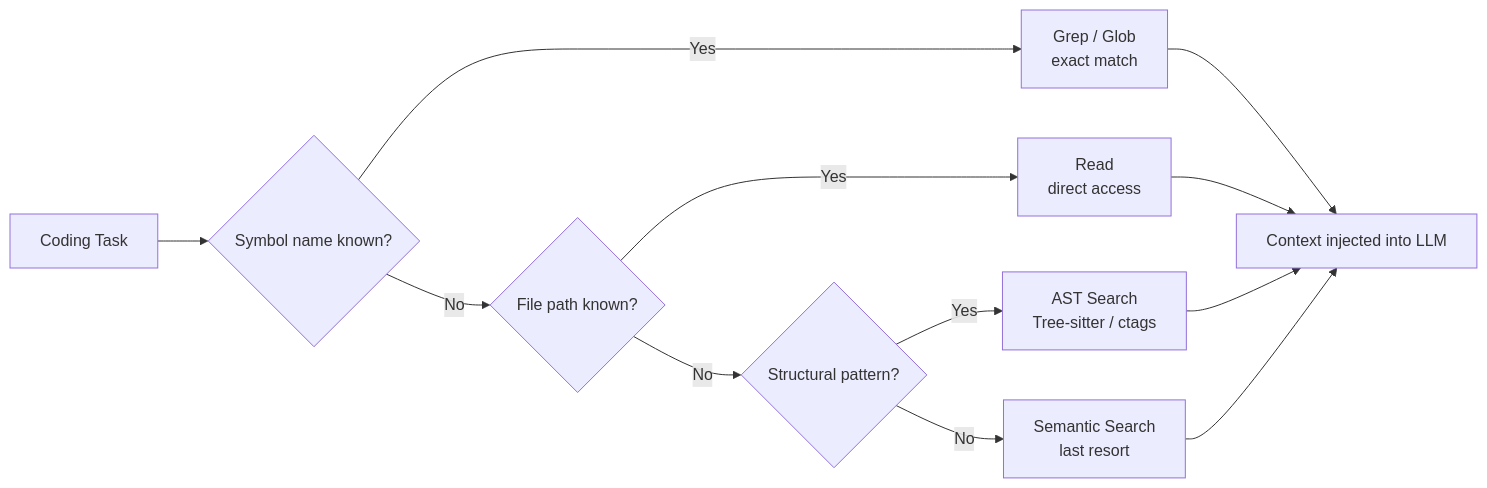
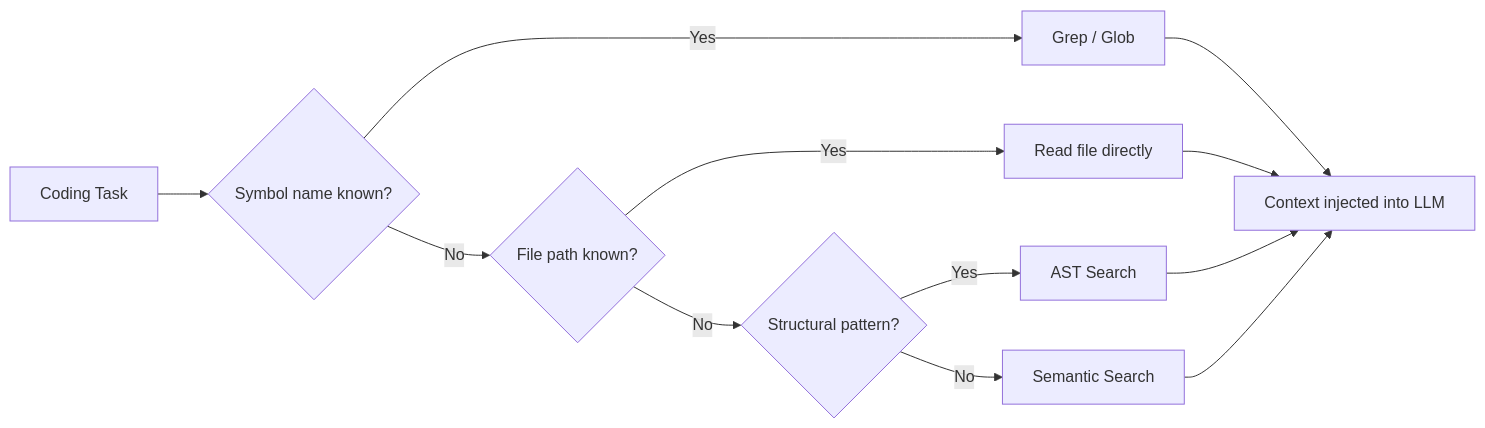
The third of 3 diagrams in 2026/02/19/rag-from-theory-to-enterprise.md (bet0x/barrahome-2026), drawn with Mermaid before and after one commit. The commit also changed other lines of this file, not shown here.

Commit message:
Simplify failing mermaid diagrams: remove br and hyphens from labels

```diff
--- a/2026/02/19/rag-from-theory-to-enterprise.md
+++ b/2026/02/19/rag-from-theory-to-enterprise.md
@@ -275,16 +267,14 @@
 <div class="mermaid">
 graph LR
     TASK[Coding Task] --> Q1{Symbol name known?}
-    Q1 -->|Yes| GREP[Grep / Glob<br/>exact match]
+    Q1 -->|Yes| GREP[Grep / Glob]
     Q1 -->|No| Q2{File path known?}
-    Q2 -->|Yes| READ[Read<br/>direct access]
+    Q2 -->|Yes| READ[Read file directly]
     Q2 -->|No| Q3{Structural pattern?}
-    Q3 -->|Yes| AST[AST Search<br/>Tree-sitter / ctags]
-    Q3 -->|No| SEM[Semantic Search<br/>last resort]
-
+    Q3 -->|Yes| AST[AST Search]
+    Q3 -->|No| SEM[Semantic Search]
     GREP --> CTX[Context injected into LLM]
     READ --> CTX
     AST --> CTX
     SEM --> CTX
-
 </div>
```
